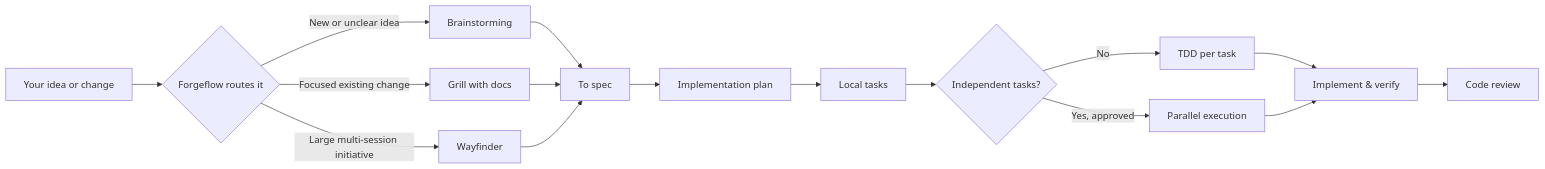
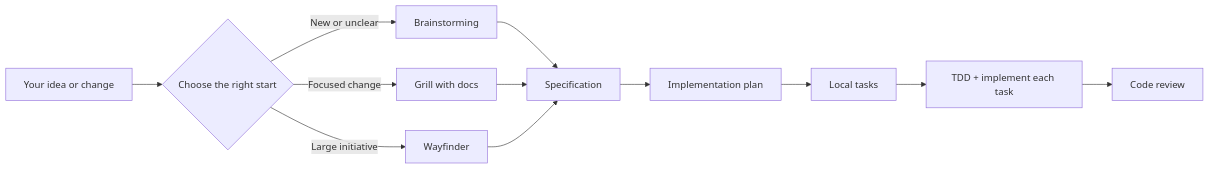
One commit to DaniManas/ForgeFlow changed the diagram in README.md. Above: the diagram before and after it, drawn with Mermaid. The commit also changed other lines of this file and 1 other file, not shown here.

Commit message:
Clarify Forgeflow workflow guide

````diff
--- a/README.md
+++ b/README.md
@@ -11,18 +38,14 @@
 ```mermaid
 flowchart LR
-    A["Your idea or change"] --> B{"Forgeflow routes it"}
-    B -->|"New or unclear idea"| C["Brainstorming"]
-    B -->|"Focused existing change"| D["Grill with docs"]
-    B -->|"Large multi-session initiative"| E["Wayfinder"]
-    C --> F["To spec"]
+    A["Your idea or change"] --> B{"Choose the right start"}
+    B -->|"New or unclear"| C["Brainstorming"]
+    B -->|"Focused change"| D["Grill with docs"]
+    B -->|"Large initiative"| E["Wayfinder"]
+    C --> F["Specification"]
     D --> F
     E --> F
     F --> G["Implementation plan"]
     G --> H["Local tasks"]
-    H --> J{"Independent tasks?"}
-    J -->|No| K["TDD per task"]
-    J -->|Yes, approved| L["Parallel execution"]
-    K --> M["Implement & verify"]
-    L --> M
-    M --> I["Code review"]
+    H --> I["TDD + implement each task"]
+    I --> J["Code review"]
 ```
````
